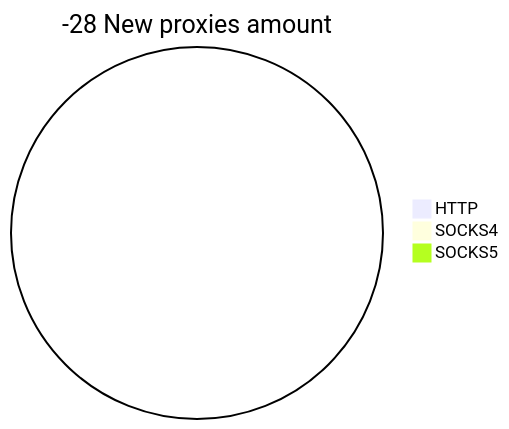
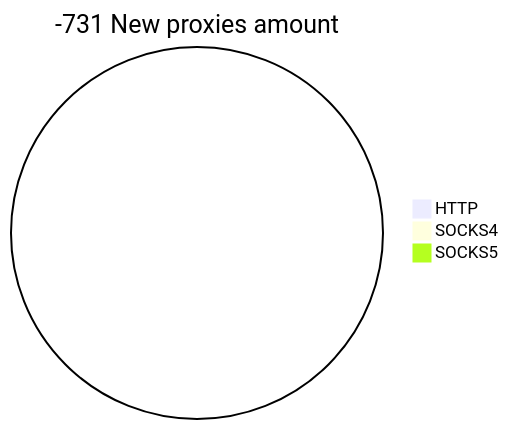
Before and after one commit to cutipu/proxylist: the second of 2 diagrams in README.md, drawn with Mermaid. The commit also changed other lines of this file, not shown here.

````diff
--- a/README.md
+++ b/README.md
@@ -10,6 +10,6 @@
 ```mermaid
-pie title -28 New proxies amount
+pie title -731 New proxies amount
     "HTTP" : 0
     "SOCKS4" : 0
     "SOCKS5" : 0
 ```
````
